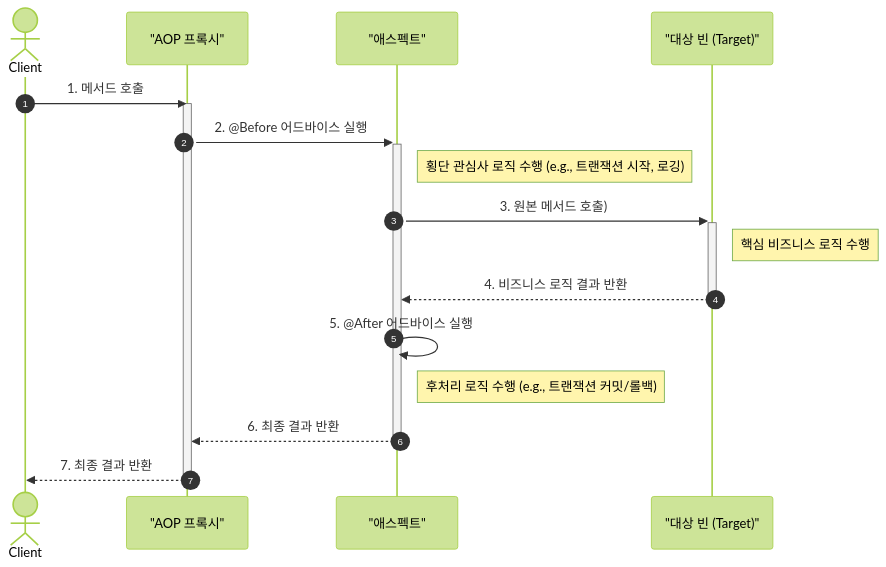
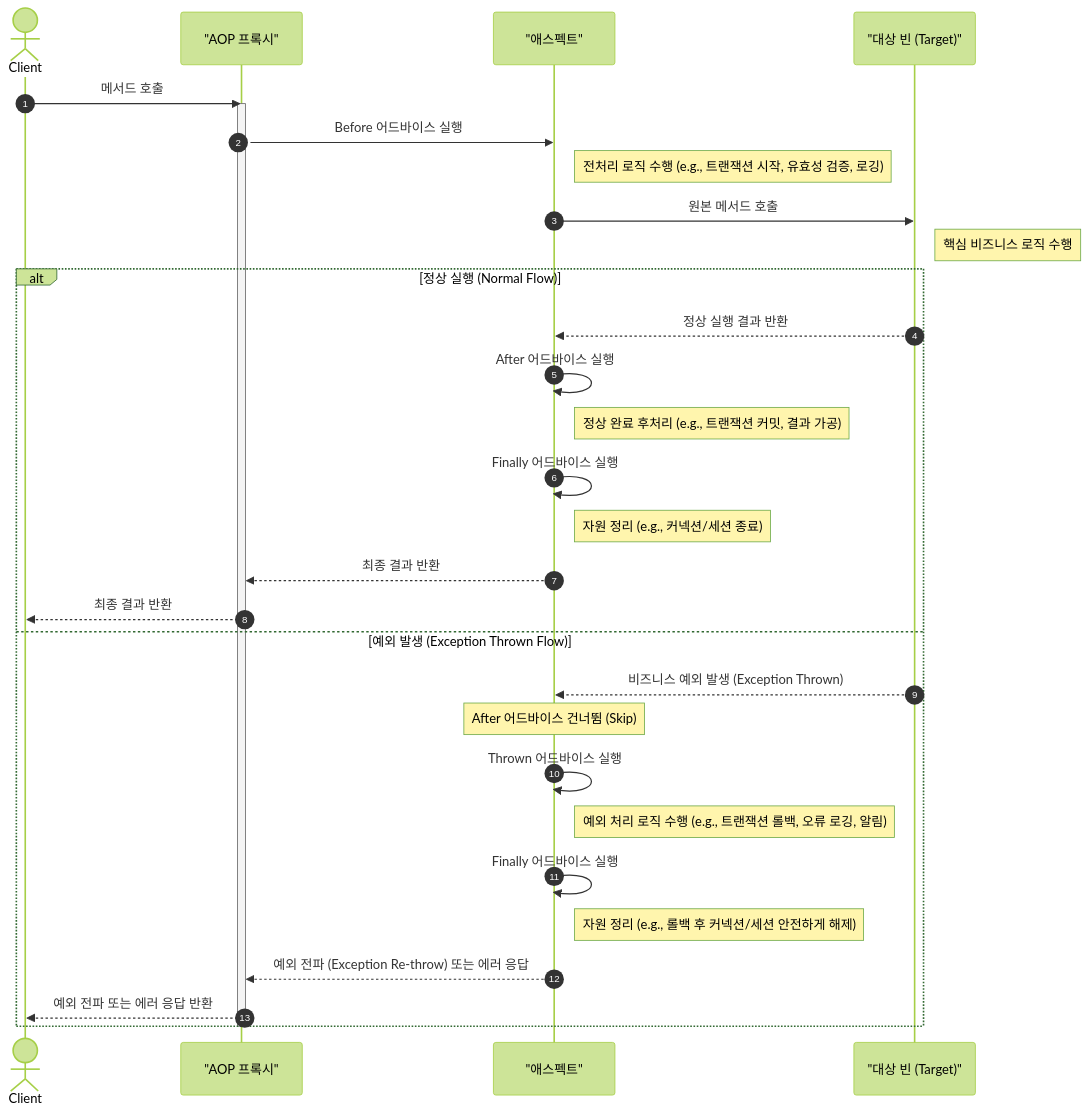
The ninth of 9 diagrams in _pages/ko/docs/guides/aspectran-architecture-diagrams.md (aspectran/aspectran.github.io), drawn with Mermaid (forest theme) before and after one commit. The commit also changed other lines of this file and 1 other file, not shown here.

````diff
--- a/_pages/ko/docs/guides/aspectran-architecture-diagrams.md
+++ b/_pages/ko/docs/guides/aspectran-architecture-diagrams.md
@@ -524,30 +556,36 @@
 ```mermaid
 sequenceDiagram
     autonumber
     actor Client
     participant Proxy as "AOP 프록시"
     participant Aspect as "애스펙트"
     participant Target as "대상 빈 (Target)"
 
-    Client->>Proxy: 1. 메서드 호출
+    Client->>Proxy: 메서드 호출
+    activate Proxy
+    Proxy->>Aspect: Before 어드바이스 실행
+    note right of Aspect: 전처리 로직 수행 (e.g., 트랜잭션 시작, 유효성 검증, 로깅)
 
-    activate Proxy
-    Proxy->>+Aspect: 2. @Before 어드바이스 실행
-
-    note right of Aspect: 횡단 관심사 로직 수행 (e.g., 트랜잭션 시작, 로깅)
-
-    Aspect->>+Target: 3. 원본 메서드 호출)
-
+    Aspect->>Target: 원본 메서드 호출
     note right of Target: 핵심 비즈니스 로직 수행
 
-    Target-->>-Aspect: 4. 비즈니스 로직 결과 반환
-
-    Aspect->>Aspect: 5. @After 어드바이스 실행
-
-    note right of Aspect: 후처리 로직 수행 (e.g., 트랜잭션 커밋/롤백)
-
-    Aspect-->>-Proxy: 6. 최종 결과 반환
-
-    Proxy-->>Client: 7. 최종 결과 반환
+    alt 정상 실행 (Normal Flow)
+        Target-->>Aspect: 정상 실행 결과 반환
+        Aspect->>Aspect: After 어드바이스 실행
+        note right of Aspect: 정상 완료 후처리 (e.g., 트랜잭션 커밋, 결과 가공)
+        Aspect->>Aspect: Finally 어드바이스 실행
+        note right of Aspect: 자원 정리 (e.g., 커넥션/세션 종료)
+        Aspect-->>Proxy: 최종 결과 반환
+        Proxy-->>Client: 최종 결과 반환
+    else 예외 발생 (Exception Thrown Flow)
+        Target-->>Aspect: 비즈니스 예외 발생 (Exception Thrown)
+        note over Aspect: After 어드바이스 건너뜀 (Skip)
+        Aspect->>Aspect: Thrown 어드바이스 실행
+        note right of Aspect: 예외 처리 로직 수행 (e.g., 트랜잭션 롤백, 오류 로깅, 알림)
+        Aspect->>Aspect: Finally 어드바이스 실행
+        note right of Aspect: 자원 정리 (e.g., 롤백 후 커넥션/세션 안전하게 해제)
+        Aspect-->>Proxy: 예외 전파 (Exception Re-throw) 또는 에러 응답
+        Proxy-->>Client: 예외 전파 또는 에러 응답 반환
+    end
     deactivate Proxy
 ```
````
